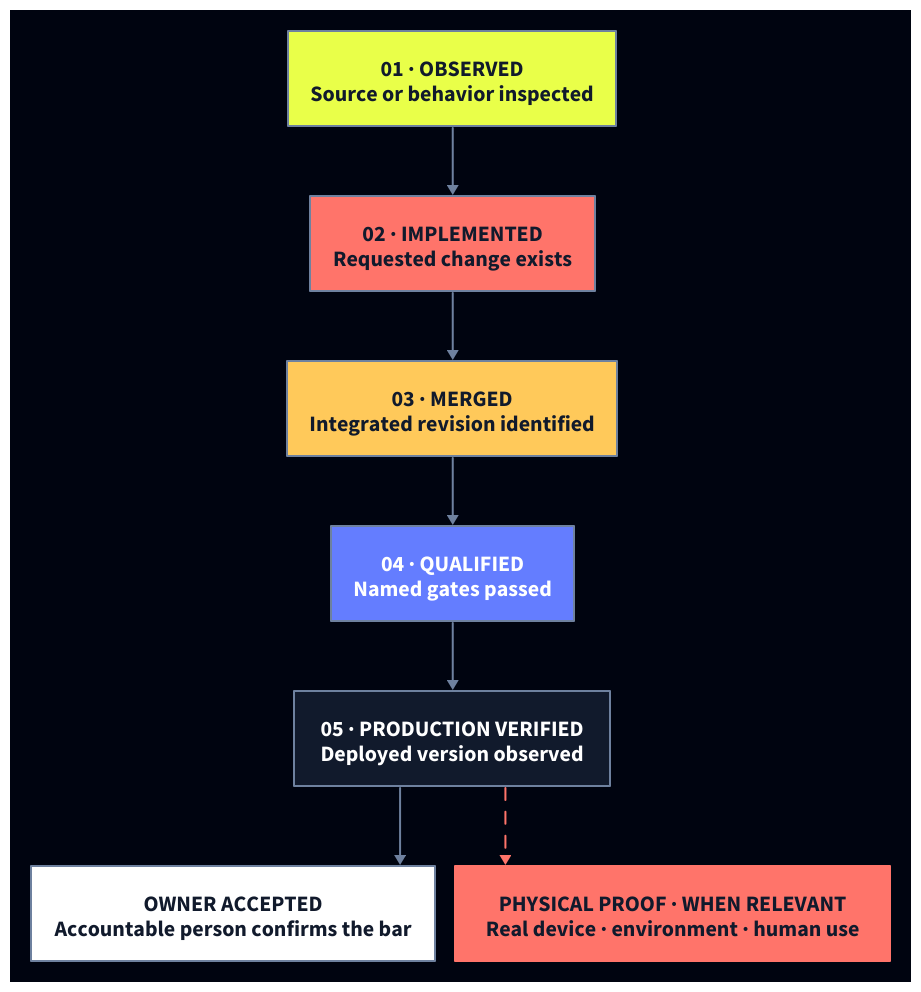
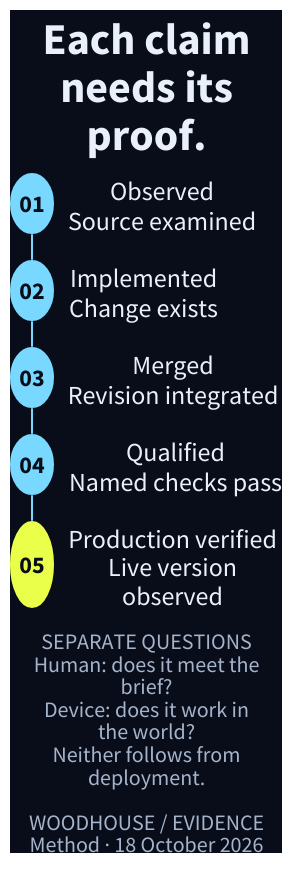
The diagram in diagrams/evidence-ladder-mobile.d2 (loftwah/woodhouse-new), drawn with D2 before and after one commit. The commit also changed 83 other files, not shown here.

Commit message:
Rebuild Woodhouse technical plates and the founding feature

```diff
--- a/diagrams/evidence-ladder-mobile.d2
+++ b/diagrams/evidence-ladder-mobile.d2
@@ -1,19 +1,135 @@
+# Woodhouse authored technical plate. Reviewed 18 October 2026.
+# Shape grammar: text = work; circle = responsibility; diamond = decision;
+# labelled stop = evidence boundary; dashed line = return or conditional path.
+# This is a method/relationship, not a claim that every project passed it.
+vars: {d2-config: {layout-engine: elk; theme-id: 0; pad: 16}}
+style.fill: "#080D19"
 direction: down
-vars: {
-  d2-config: {layout-engine: elk; theme-id: 201}
+grid-rows: 5
+grid-columns: 2
+horizontal-gap: 16
+vertical-gap: 28
+
+plate_title: "Each claim\nneeds its\nproof." {
+  shape: text
+  style.font-color: "#EAF0FA"
+  style.font-size: 44
+  style.fill: "transparent"
+  style.stroke: "#EAF0FA"
+  style.stroke-width: 0
+  style.bold: true
 }
-
-observed: "01 · OBSERVED\nSource or behavior inspected" {style.fill: "#E9FF49"; style.stroke: "#6E819F"; style.stroke-width: 2; style.font-color: "#111A2C"; style.font-size: 22; style.bold: true}
-implemented: "02 · IMPLEMENTED\nRequested change exists" {style.fill: "#FF746A"; style.stroke: "#6E819F"; style.stroke-width: 2; style.font-color: "#111A2C"; style.font-size: 22; style.bold: true}
-merged: "03 · MERGED\nIntegrated revision identified" {style.fill: "#FFC95A"; style.stroke: "#6E819F"; style.stroke-width: 2; style.font-color: "#111A2C"; style.font-size: 22; style.bold: true}
-qualified: "04 · QUALIFIED\nNamed gates passed" {style.fill: "#647DFF"; style.stroke: "#6E819F"; style.stroke-width: 2; style.font-color: "#FFFFFF"; style.font-size: 22; style.bold: true}
-production: "05 · PRODUCTION VERIFIED\nDeployed version observed" {style.fill: "#111A2C"; style.stroke: "#6E819F"; style.stroke-width: 2; style.font-color: "#FFFFFF"; style.font-size: 22; style.bold: true}
-accepted: "OWNER ACCEPTED\nAccountable person confirms the bar" {style.fill: "#FFFFFF"; style.stroke: "#6E819F"; style.stroke-width: 2; style.font-color: "#111A2C"; style.font-size: 22; style.bold: true}
-physical: "PHYSICAL PROOF · WHEN RELEVANT\nReal device · environment · human use" {style.fill: "#FF746A"; style.stroke: "#FF746A"; style.stroke-width: 2; style.font-color: "#111A2C"; style.font-size: 22; style.bold: true}
-
-observed -> implemented {style.stroke: "#6E819F"; style.stroke-width: 2; style.font-size: 15}
-implemented -> merged {style.stroke: "#6E819F"; style.stroke-width: 2; style.font-size: 15}
-merged -> qualified {style.stroke: "#6E819F"; style.stroke-width: 2; style.font-size: 15}
-qualified -> production {style.stroke: "#6E819F"; style.stroke-width: 2; style.font-size: 15}
-production -> accepted {style.stroke: "#6E819F"; style.stroke-width: 2; style.font-size: 14}
-production -> physical {style.stroke: "#FF746A"; style.stroke-width: 2; style.stroke-dash: 6; style.font-size: 14}
+plate_title.near: top-center
+r0: "01" {
+  label.near: center-center
+  shape: circle
+  style.font-color: "#080D19"
+  style.font-size: 24
+  style.fill: "#79D8FF"
+  style.stroke: "#79D8FF"
+  style.stroke-width: 2
+  width: 42
+  height: 42
+  style.bold: true
+}
+t0: "Observed\nSource examined" {
+  shape: text
+  style.font-color: "#EAF0FA"
+  style.font-size: 26
+  style.fill: "transparent"
+  style.stroke: "#EAF0FA"
+  style.stroke-width: 0
+}
+r1: "02" {
+  label.near: center-center
+  shape: circle
+  style.font-color: "#080D19"
+  style.font-size: 24
+  style.fill: "#79D8FF"
+  style.stroke: "#79D8FF"
+  style.stroke-width: 2
+  width: 42
+  height: 42
+  style.bold: true
+}
+t1: "Implemented\nChange exists" {
+  shape: text
+  style.font-color: "#EAF0FA"
+  style.font-size: 26
+  style.fill: "transparent"
+  style.stroke: "#EAF0FA"
+  style.stroke-width: 0
+}
+r2: "03" {
+  label.near: center-center
+  shape: circle
+  style.font-color: "#080D19"
+  style.font-size: 24
+  style.fill: "#79D8FF"
+  style.stroke: "#79D8FF"
+  style.stroke-width: 2
+  width: 42
+  height: 42
+  style.bold: true
+}
+t2: "Merged\nRevision integrated" {
+  shape: text
+  style.font-color: "#EAF0FA"
+  style.font-size: 26
+  style.fill: "transparent"
+  style.stroke: "#EAF0FA"
+  style.stroke-width: 0
+}
+r3: "04" {
+  label.near: center-center
+  shape: circle
+  style.font-color: "#080D19"
+  style.font-size: 24
+  style.fill: "#79D8FF"
+  style.stroke: "#79D8FF"
+  style.stroke-width: 2
+  width: 42
+  height: 42
+  style.bold: true
+}
+t3: "Qualified\nNamed checks pass" {
+  shape: text
+  style.font-color: "#EAF0FA"
+  style.font-size: 26
+  style.fill: "transparent"
+  style.stroke: "#EAF0FA"
+  style.stroke-width: 0
+}
+r4: "05" {
+  label.near: center-center
+  shape: circle
+  style.font-color: "#080D19"
+  style.font-size: 24
+  style.fill: "#E9FF49"
+  style.stroke: "#E9FF49"
+  style.stroke-width: 2
+  width: 42
+  height: 42
+  style.bold: true
+}
+t4: "Production verified\nLive version\nobserved" {
+  shape: text
+  style.font-color: "#EAF0FA"
+  style.font-size: 26
+  style.fill: "transparent"
+  style.stroke: "#EAF0FA"
+  style.stroke-width: 0
+}
+r0 -> r1: "" {style.stroke: "#79D8FF"; style.stroke-width: 2; style.font-color: "#79D8FF"; style.font-size: 22; target-arrowhead.shape: none;}
+r1 -> r2: "" {style.stroke: "#79D8FF"; style.stroke-width: 2; style.font-color: "#79D8FF"; style.font-size: 22; target-arrowhead.shape: none;}
+r2 -> r3: "" {style.stroke: "#79D8FF"; style.stroke-width: 2; style.font-color: "#79D8FF"; style.font-size: 22; target-arrowhead.shape: none;}
+r3 -> r4: "" {style.stroke: "#79D8FF"; style.stroke-width: 2; style.font-color: "#79D8FF"; style.font-size: 22; target-arrowhead.shape: none;}
+plate_note: "SEPARATE QUESTIONS\nHuman: does it meet the\nbrief?\nDevice: does it work in\nthe world?\nNeither follows from\ndeployment.\n\nWOODHOUSE / EVIDENCE\nMethod · 18 October 2026" {
+  shape: text
+  style.font-color: "#A6B4CB"
+  style.font-size: 22
+  style.fill: "transparent"
+  style.stroke: "#A6B4CB"
+  style.stroke-width: 0
+}
+plate_note.near: bottom-center
```
